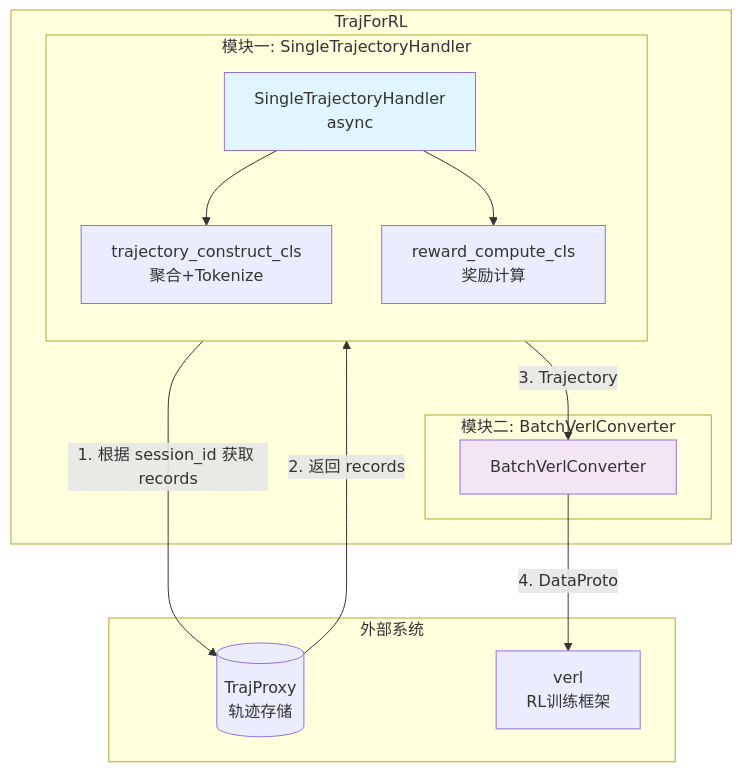
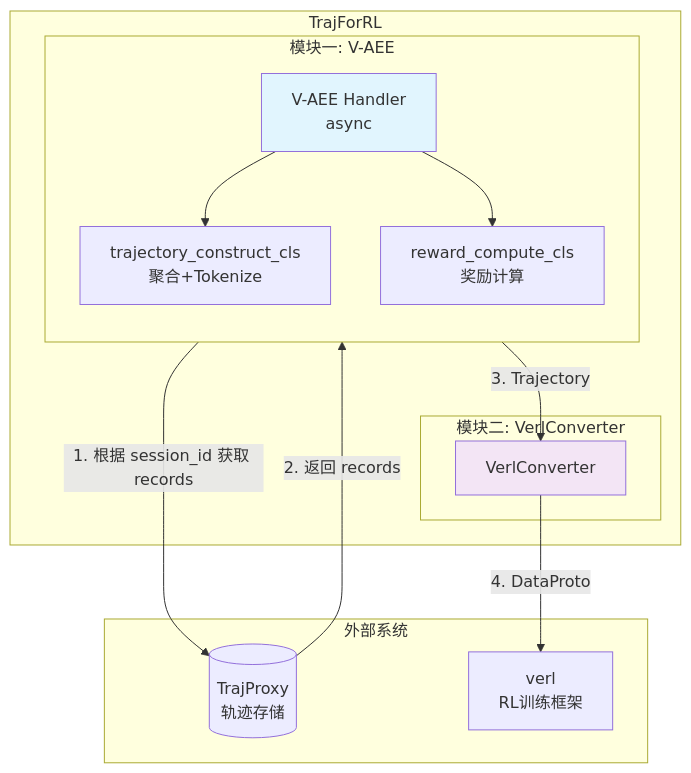
Before and after one commit to infzo/TrajForRL: the first of 6 diagrams in docs/DESIGN.md, drawn with Mermaid. The commit also changed other lines of this file, not shown here.

````diff
--- a/docs/DESIGN.md
+++ b/docs/DESIGN.md
@@ -23,30 +23,30 @@
 ```mermaid
 flowchart TB
     subgraph 外部系统
         TP[(TrajProxy<br/>轨迹存储)]
         VL[verl<br/>RL训练框架]
     end
 
     subgraph TrajForRL
-        subgraph 模块一: SingleTrajectoryHandler
+        subgraph 模块一: V-AEE
             direction TB
-            STH[SingleTrajectoryHandler<br/>async]
+            STH[V-AEE Handler<br/>async]
             TC[trajectory_construct_cls<br/>聚合+Tokenize]
             RC[reward_compute_cls<br/>奖励计算]
             STH --> TC
             STH --> RC
         end
 
-        subgraph 模块二: BatchVerlConverter
-            BVC[BatchVerlConverter]
+        subgraph 模块二: VerlConverter
+            BVC[VerlConverter]
         end
     end
 
     STH -->|1. 根据 session_id 获取 records| TP
     TP -->|2. 返回 records| STH
     STH -->|3. Trajectory| BVC
     BVC -->|4. DataProto| VL
 
     style STH fill:#e1f5fe
     style BVC fill:#f3e5f5
 ```
````
